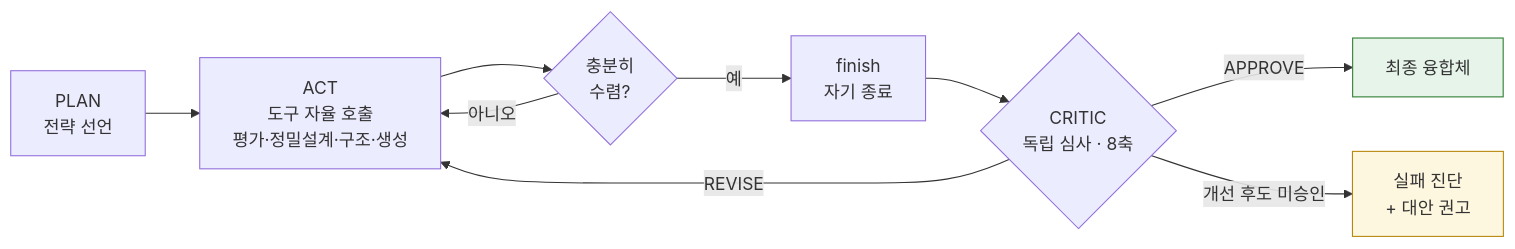
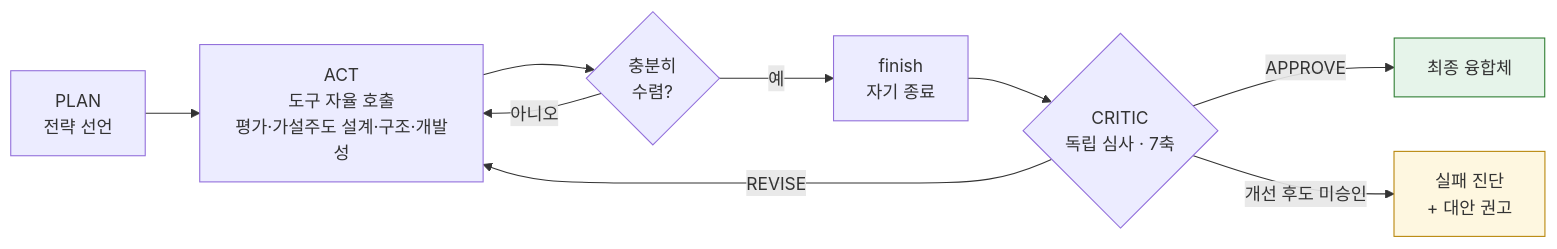
The third of 8 diagrams in 아키텍처.md (yunseul6028/BBB-Optimizer), drawn with Mermaid before and after one commit. The commit also changed other lines of this file, not shown here.

````diff
--- a/아키텍처.md
+++ b/아키텍처.md
@@ -131,14 +109,14 @@
 ```mermaid
 flowchart LR
-  P["PLAN<br/>전략 선언"] --> A["ACT<br/>도구 자율 호출<br/>평가·정밀설계·구조·생성"]
+  P["PLAN<br/>전략 선언"] --> A["ACT<br/>도구 자율 호출<br/>평가·가설주도 설계·구조·개발성"]
   A --> Q{"충분히<br/>수렴?"}
   Q -->|아니오| A
   Q -->|예| FIN["finish<br/>자기 종료"]
-  FIN --> C{"CRITIC<br/>독립 심사 · 8축"}
+  FIN --> C{"CRITIC<br/>독립 심사 · 7축"}
   C -->|APPROVE| OUT["최종 융합체"]:::ok
   C -->|REVISE| A
   C -->|"개선 후도 미승인"| REC["실패 진단<br/>+ 대안 권고"]:::warn
 
   classDef ok fill:#e6f4ea,stroke:#2e7d32;
   classDef warn fill:#fef7e0,stroke:#b8860b;
 ```
````
